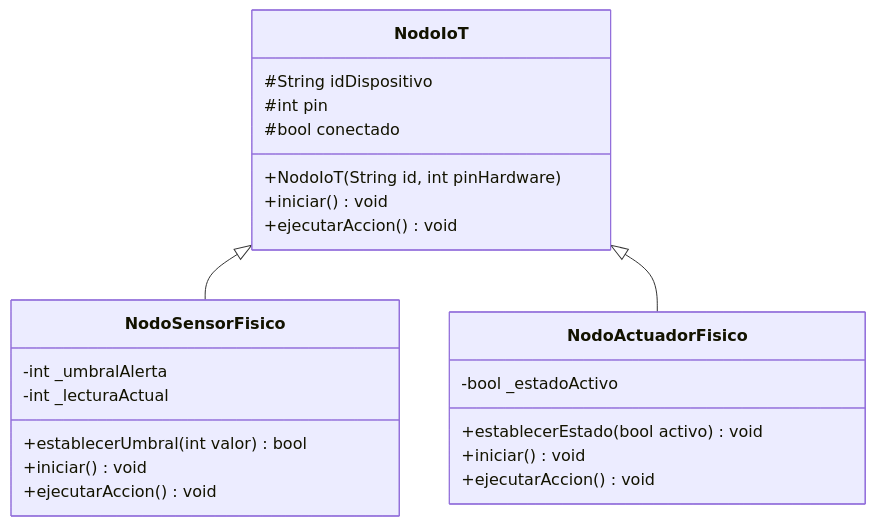
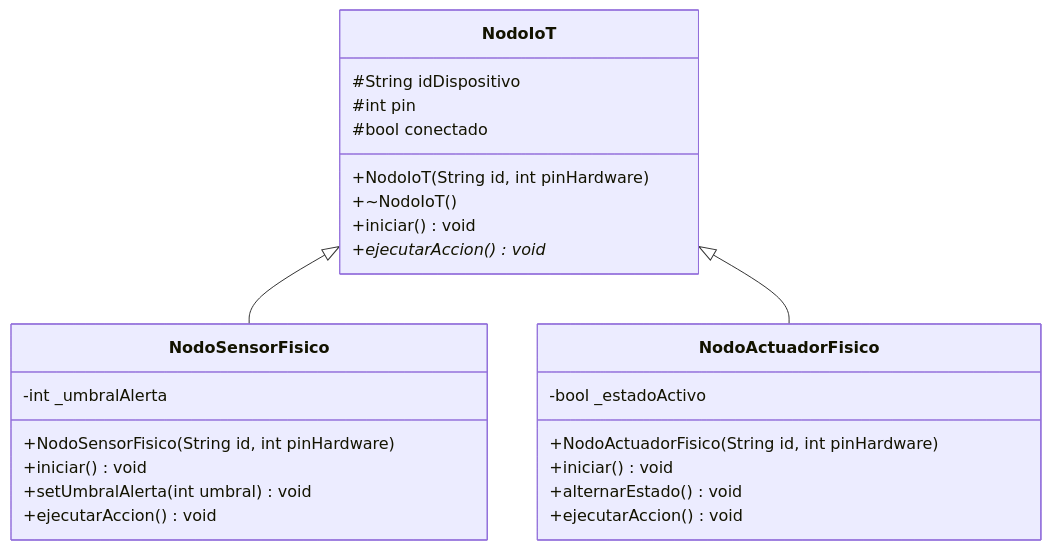
One commit to Maxloeza18/poo_MADE changed the diagram in practica-03/docs/Avance_Semana_01_Practica_03.md. Above: the diagram before and after it, drawn with Mermaid. The commit also changed other lines of this file, not shown here.

````diff
--- a/practica-03/docs/Avance_Semana_01_Practica_03.md
+++ b/practica-03/docs/Avance_Semana_01_Practica_03.md
@@ -63,29 +120,31 @@
 ```mermaid
 classDiagram
     class NodoIoT {
         #String idDispositivo
         #int pin
         #bool conectado
         +NodoIoT(String id, int pinHardware)
+        +~NodoIoT()
         +iniciar() void
-        +ejecutarAccion() void
+        +ejecutarAccion()* void
     }
 
     class NodoSensorFisico {
         -int _umbralAlerta
-        -int _lecturaActual
-        +establecerUmbral(int valor) bool
+        +NodoSensorFisico(String id, int pinHardware)
         +iniciar() void
+        +setUmbralAlerta(int umbral) void
         +ejecutarAccion() void
     }
 
     class NodoActuadorFisico {
         -bool _estadoActivo
-        +establecerEstado(bool activo) void
+        +NodoActuadorFisico(String id, int pinHardware)
         +iniciar() void
+        +alternarEstado() void
         +ejecutarAccion() void
     }
 
     NodoIoT <|-- NodoSensorFisico
     NodoIoT <|-- NodoActuadorFisico
 ```
````
